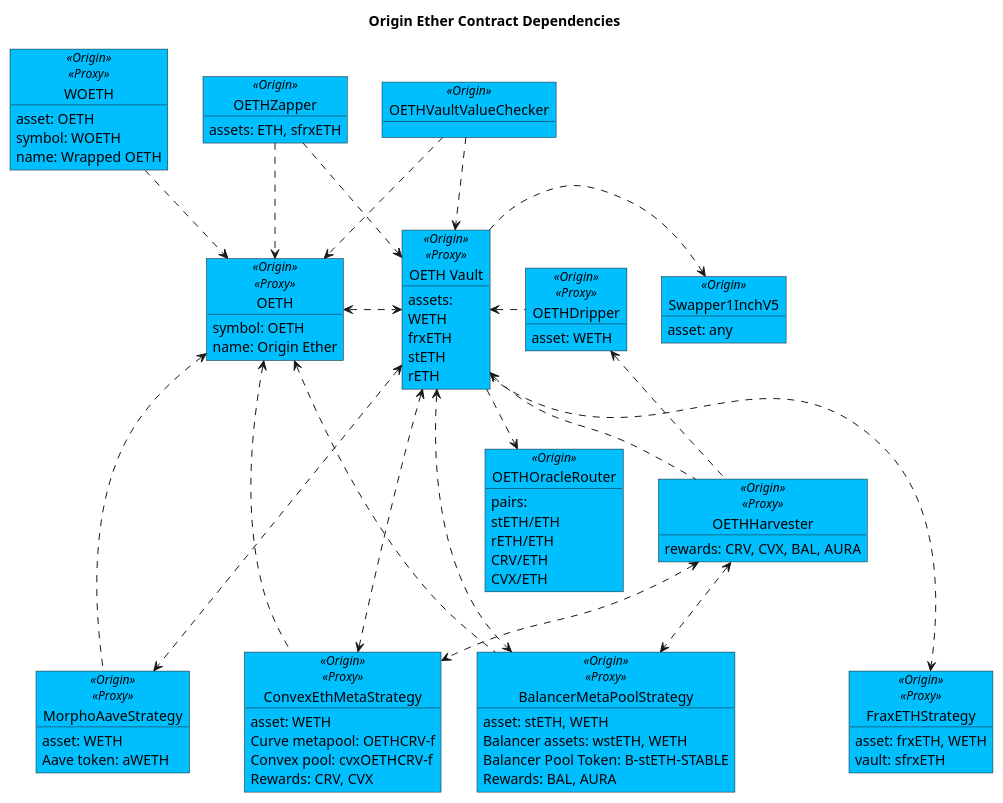
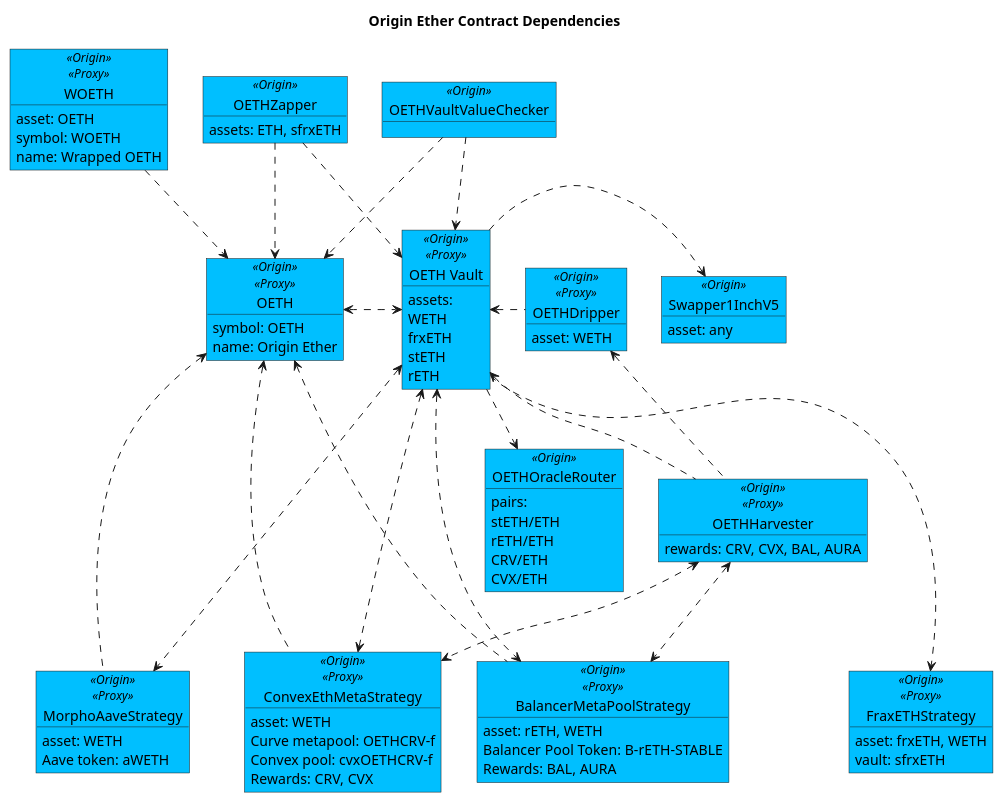
Before and after one commit to OriginProtocol/origin-dollar: the diagram in contracts/docs/plantuml/oethContracts.puml, drawn with PlantUML. The commit also changed 11 other files, not shown here.

```diff
--- a/contracts/docs/plantuml/oethContracts.puml
+++ b/contracts/docs/plantuml/oethContracts.puml
@@ -57,9 +57,8 @@
 }
 
 object "BalancerMetaPoolStrategy" as balancerStrat <<Origin>><<Proxy>> #DeepSkyBlue {
-    asset: stETH, WETH
-    Balancer assets: wstETH, WETH
-    Balancer Pool Token: B-stETH-STABLE
+    asset: rETH, WETH
+    Balancer Pool Token: B-rETH-STABLE
     Rewards: BAL, AURA
 }
 
```
